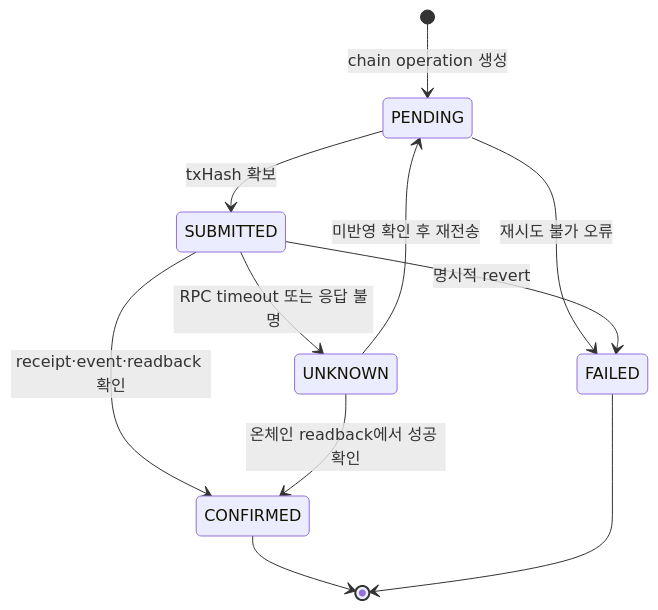
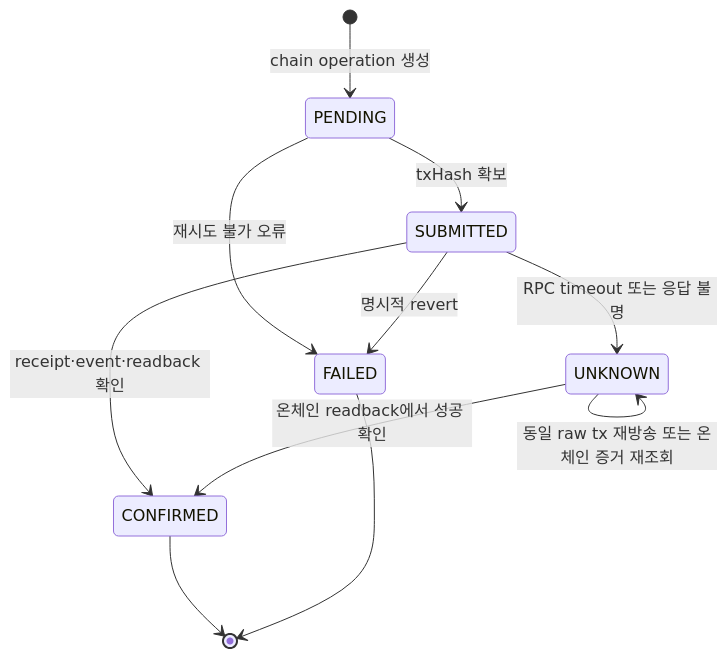
One commit to Tok-Baro/Trekkey_BackEnd changed diagram 13 of 16 in docs/erd-mvp.md. Above: the diagram before and after it, drawn with Mermaid. The commit also changed other lines of this file and 34 other files, not shown here.

````diff
--- a/docs/erd-mvp.md
+++ b/docs/erd-mvp.md
@@ -501,13 +501,13 @@
 ```mermaid
 stateDiagram-v2
     [*] --> PENDING: chain operation 생성
     PENDING --> SUBMITTED: txHash 확보
     SUBMITTED --> CONFIRMED: receipt·event·readback 확인
     SUBMITTED --> UNKNOWN: RPC timeout 또는 응답 불명
     UNKNOWN --> CONFIRMED: 온체인 readback에서 성공 확인
-    UNKNOWN --> PENDING: 미반영 확인 후 재전송
+    UNKNOWN --> UNKNOWN: 동일 raw tx 재방송 또는 온체인 증거 재조회
     PENDING --> FAILED: 재시도 불가 오류
     SUBMITTED --> FAILED: 명시적 revert
     CONFIRMED --> [*]
     FAILED --> [*]
 ```
````
